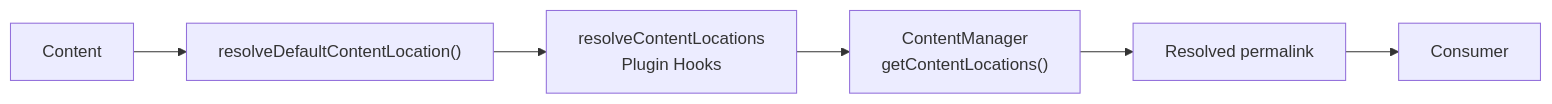
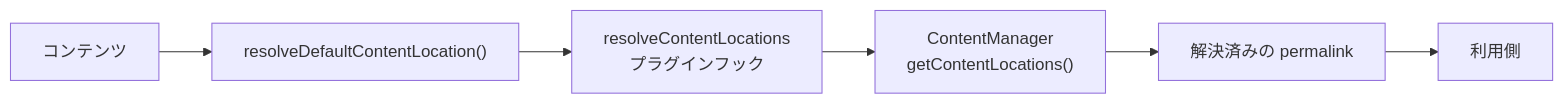
The fourth of 7 diagrams in docs/docs/framework/architecture.ja.md (Rerurate514/riebeckite), drawn with Mermaid before and after one commit. The commit also changed other lines of this file and 310 other files, not shown here.

````diff
--- a/docs/docs/framework/architecture.ja.md
+++ b/docs/docs/framework/architecture.ja.md
@@ -292,15 +249,15 @@
 ```mermaid id="i6wxn4"
 flowchart LR
-    Content["Content"]
+    Content["コンテンツ"]
     Default["resolveDefaultContentLocation()"]
-    Hooks["resolveContentLocations<br/>Plugin Hooks"]
+    Hooks["resolveContentLocations<br/>プラグインフック"]
     Manager["ContentManager<br/>getContentLocations()"]
-    Permalink["Resolved permalink"]
-    Consumer["Consumer"]
+    Permalink["解決済みの permalink"]
+    Consumer["利用側"]
 
     Content --> Default
     Default --> Hooks
     Hooks --> Manager
     Manager --> Permalink
     Permalink --> Consumer
 ```
````
